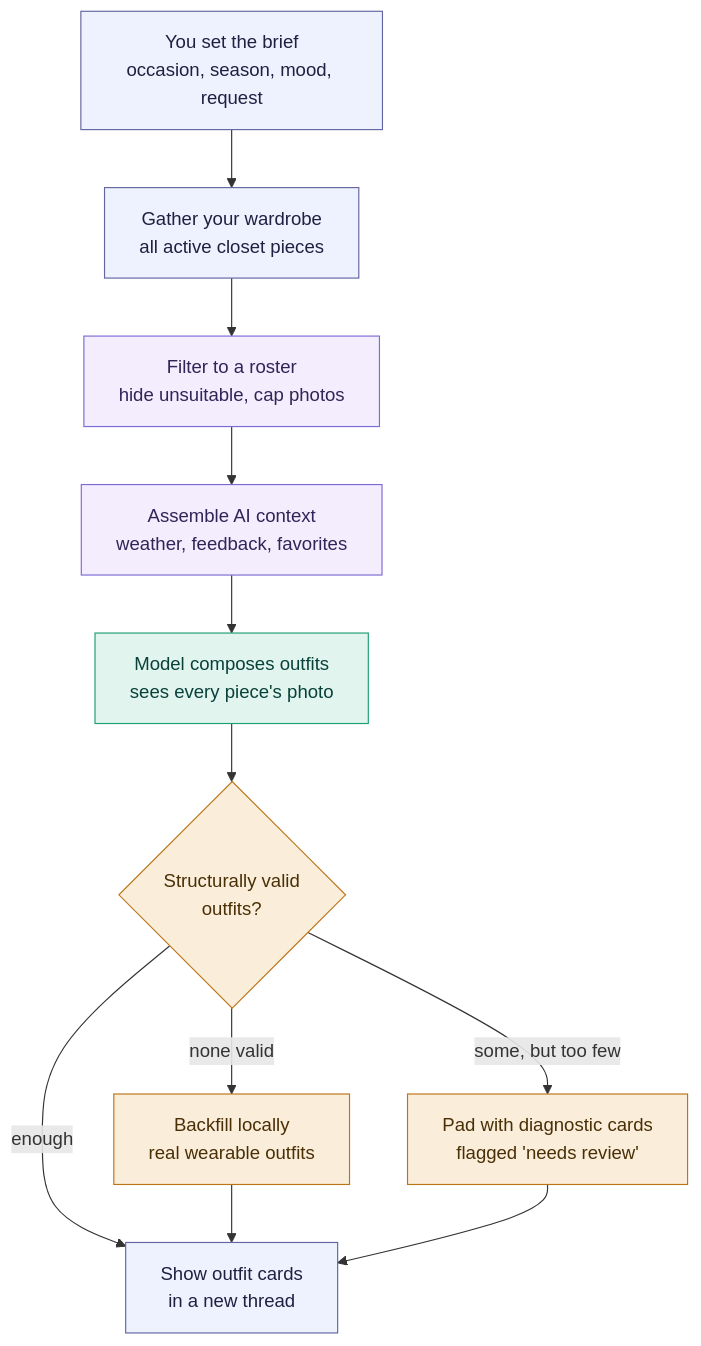
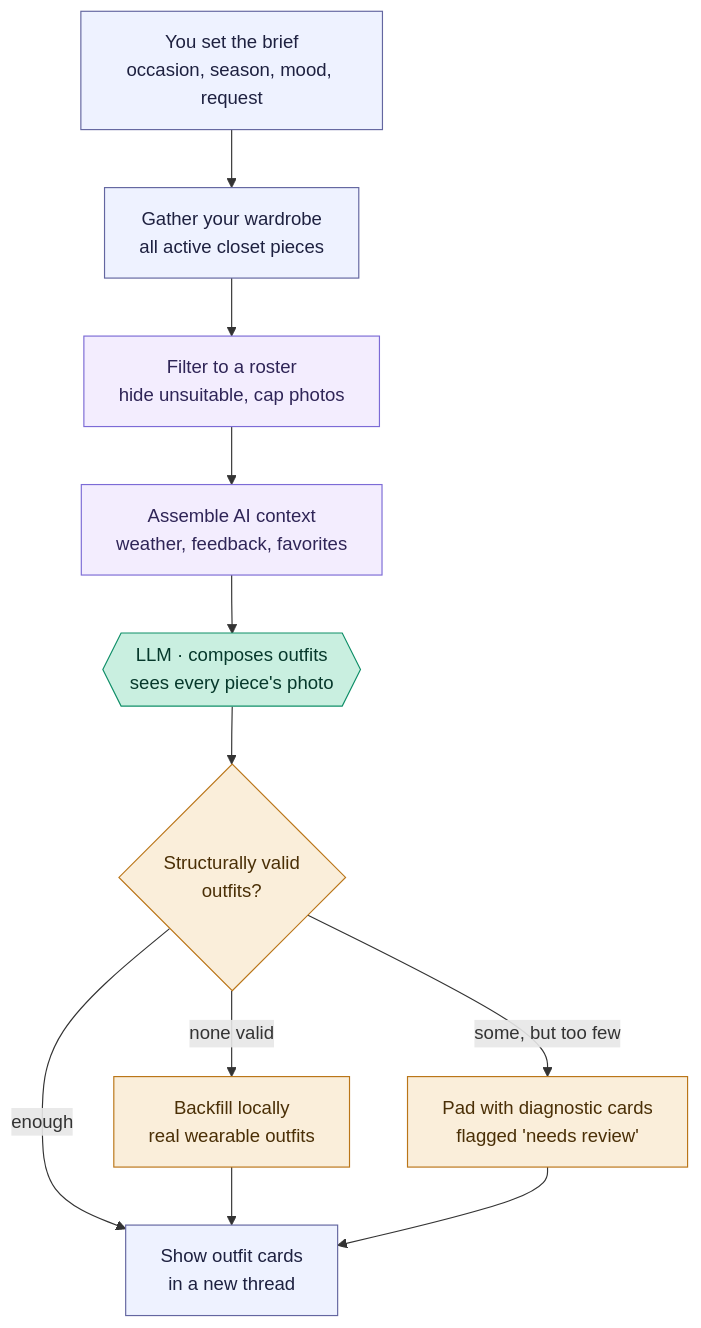
One commit to yunap/closet changed the first of 3 diagrams in docs/flows/use-my-wardrobe.md. Above: the diagram before and after it, drawn with Mermaid. The commit also changed other lines of this file and 2 other files, not shown here.

First line of the commit message:
docs: make LLM calls unmistakable — hexagon shape + "LLM ·" label

````diff
--- a/docs/flows/use-my-wardrobe.md
+++ b/docs/flows/use-my-wardrobe.md
@@ -18,20 +21,20 @@
 ```mermaid
 flowchart TD
     A["You set the brief<br/>occasion, season, mood, request"] --> B["Gather your wardrobe<br/>all active closet pieces"]
     B --> C["Filter to a roster<br/>hide unsuitable, cap photos"]
     C --> D["Assemble AI context<br/>weather, feedback, favorites"]
-    D --> E["Model composes outfits<br/>sees every piece's photo"]
+    D --> E{{"LLM · composes outfits<br/>sees every piece's photo"}}
     E --> F{"Structurally valid<br/>outfits?"}
     F -->|enough| I["Show outfit cards<br/>in a new thread"]
     F -->|none valid| G["Backfill locally<br/>real wearable outfits"] --> I
     F -->|some, but too few| H["Pad with diagnostic cards<br/>flagged 'needs review'"] --> I
 
     classDef app fill:#eef2ff,stroke:#6366a0,color:#1e2140;
     classDef rules fill:#f3edfe,stroke:#7c6bd6,color:#2f2557;
-    classDef model fill:#e1f5ee,stroke:#1d9e75,color:#08413a;
+    classDef model fill:#c9efe0,stroke:#0f8f68,color:#06382b;
     classDef check fill:#faeeda,stroke:#ba7517,color:#4a2f06;
     class A,B,I app;
     class C,D rules;
     class E model;
     class F,G,H check;
 ```
````
